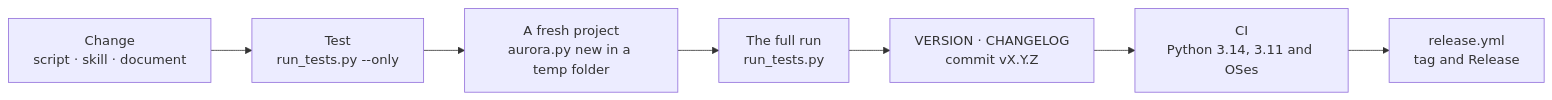
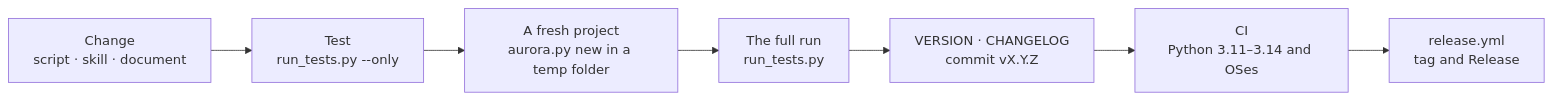
Before and after one commit to VVG-web/aurora-studio: the diagram in docs/en/CONTRIBUTING.md, drawn with Mermaid. The commit also changed other lines of this file and 8 other files, not shown here.

````diff
--- a/docs/en/CONTRIBUTING.md
+++ b/docs/en/CONTRIBUTING.md
@@ -94,9 +94,9 @@
 ```mermaid
 flowchart LR
   A["Change<br>script · skill · document"] --> B["Test<br>run_tests.py --only"]
   B --> C["A fresh project<br>aurora.py new in a temp folder"]
   C --> D["The full run<br>run_tests.py"]
   D --> E["VERSION · CHANGELOG<br>commit vX.Y.Z"]
-  E --> F["CI<br>Python 3.14, 3.11 and OSes"]
+  E --> F["CI<br>Python 3.11–3.14 and OSes"]
   F --> G["release.yml<br>tag and Release"]
 ```
````
